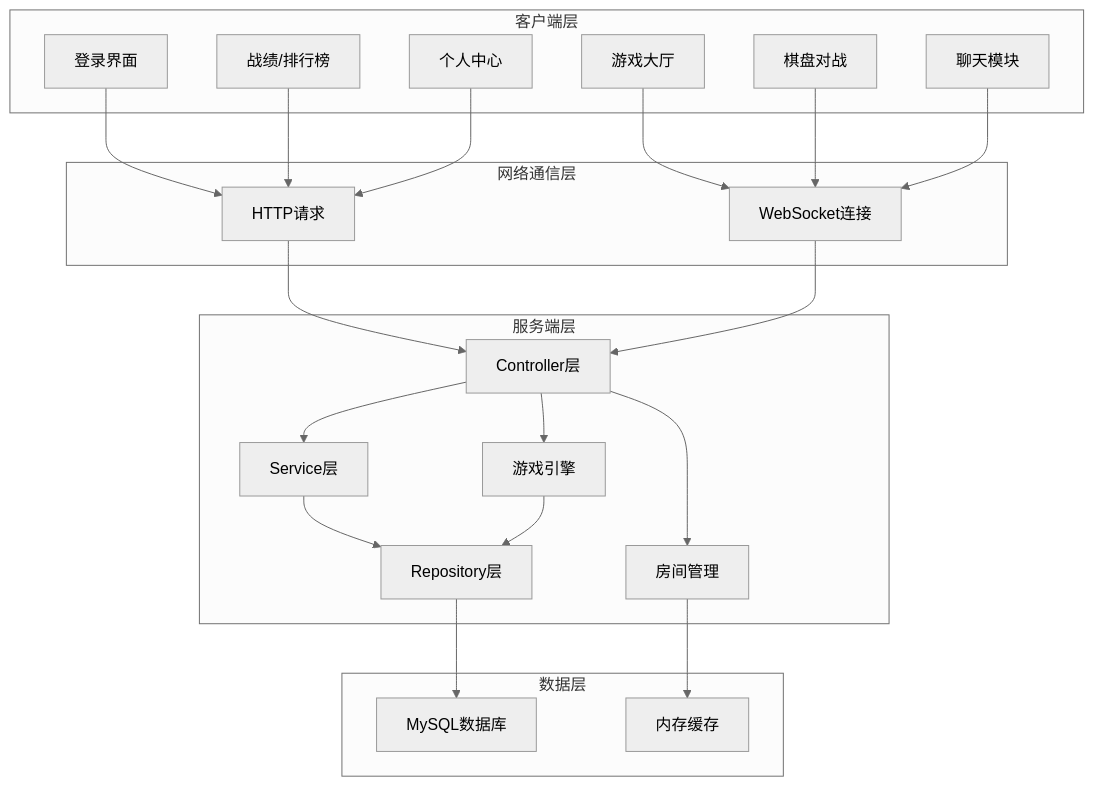
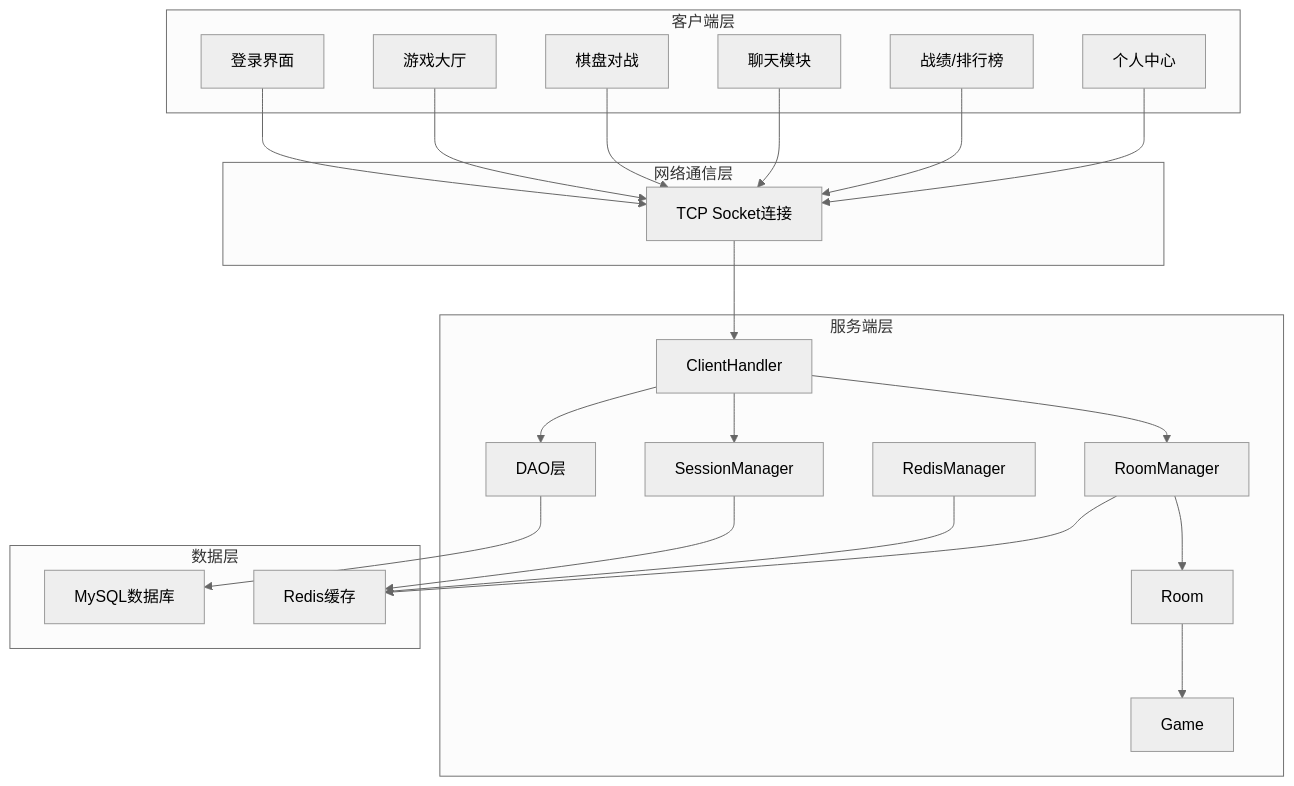
One commit to yznn007/Gomatch changed the first of 6 diagrams in docs/TECHNICAL_ARCHITECTURE.md. Above: the diagram before and after it, drawn with Mermaid (neutral theme). The commit also changed other lines of this file and 33 other files, not shown here.

````diff
--- a/docs/TECHNICAL_ARCHITECTURE.md
+++ b/docs/TECHNICAL_ARCHITECTURE.md
@@ -3,45 +3,47 @@
 ```mermaid
 flowchart TD
     subgraph 客户端层
         A[登录界面]
         B[游戏大厅]
         C[棋盘对战]
         D[聊天模块]
         E[战绩/排行榜]
         F[个人中心]
     end
 
     subgraph 网络通信层
-        G[WebSocket连接]
-        H[HTTP请求]
+        G[TCP Socket连接]
     end
 
     subgraph 服务端层
-        I[Controller层]
-        J[Service层]
-        K[Repository层]
-        L[游戏引擎]
-        M[房间管理]
+        H[ClientHandler]
+        I[RoomManager]
+        J[Room]
+        K[Game]
+        L[SessionManager]
+        M[RedisManager]
+        N[DAO层]
     end
 
     subgraph 数据层
-        N[MySQL数据库]
-        O[内存缓存]
+        O[MySQL数据库]
+        P[Redis缓存]
     end
 
-    A --> H
+    A --> G
     B --> G
     C --> G
     D --> G
-    E --> H
-    F --> H
+    E --> G
+    F --> G
+    G --> H
     H --> I
-    G --> I
+    H --> L
+    H --> N
     I --> J
-    I --> L
-    I --> M
     J --> K
-    L --> K
-    M --> O
-    K --> N
+    L --> P
+    N --> O
+    I --> P
+    M --> P
 ```
````
